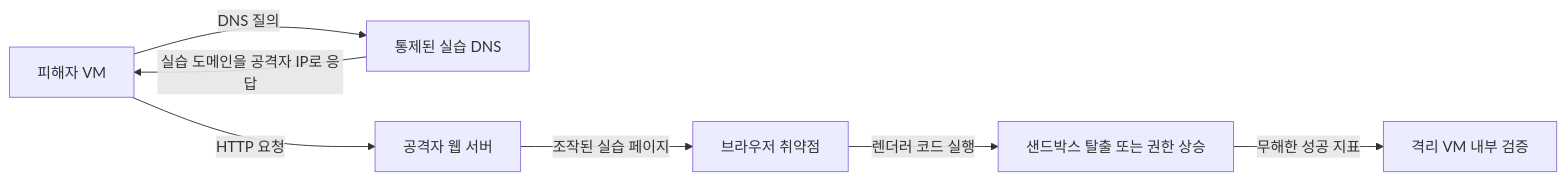
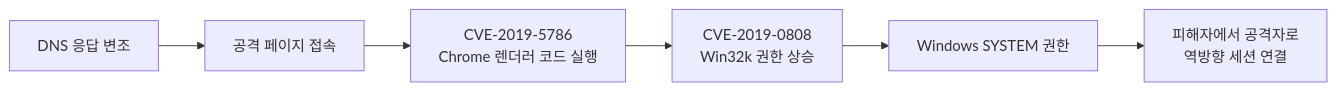
One commit to 25s001/ISproject changed the diagram in README.md. Above: the diagram before and after it, drawn with Mermaid. The commit also changed other lines of this file, not shown here.

Commit message:
docs: focus README on selected Chrome Windows chain

````diff
--- a/README.md
+++ b/README.md
@@ -10,9 +16,8 @@
 ```mermaid
 flowchart LR
-    V[피해자 VM] -->|DNS 질의| D[통제된 실습 DNS]
-    D -->|실습 도메인을 공격자 IP로 응답| V
-    V -->|HTTP 요청| W[공격자 웹 서버]
-    W -->|조작된 실습 페이지| B[브라우저 취약점]
-    B -->|렌더러 코드 실행| S[샌드박스 탈출 또는 권한 상승]
-    S -->|무해한 성공 지표| C[격리 VM 내부 검증]
+    D[DNS 응답 변조] --> W[공격 페이지 접속]
+    W --> C[CVE-2019-5786<br/>Chrome 렌더러 코드 실행]
+    C --> E[CVE-2019-0808<br/>Win32k 권한 상승]
+    E --> S[Windows SYSTEM 권한]
+    S --> R[피해자에서 공격자로<br/>역방향 세션 연결]
 ```
````
